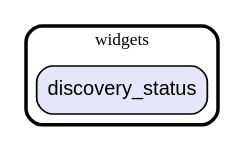
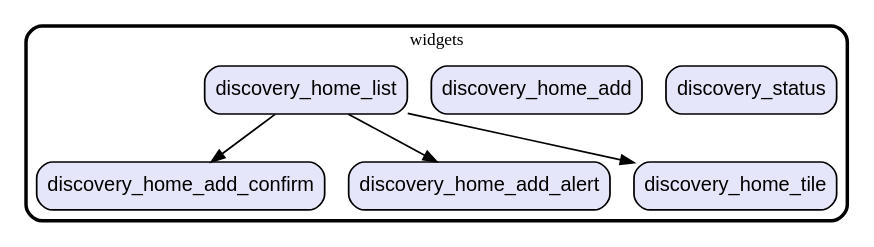
The diagram in graph/lib/ui/fragments/discovery/widgets.dot (gev/reacthome-mobile), drawn with Graphviz before and after one commit. The commit also changed 222 other files, not shown here.

```diff
--- a/graph/lib/ui/fragments/discovery/widgets.dot
+++ b/graph/lib/ui/fragments/discovery/widgets.dot
@@ -1,10 +1,23 @@
 digraph "" {
   graph [style=rounded fontname="Arial Black" fontsize=13 penwidth=2.6];
   node [shape=rect style="filled,rounded" fontname=Arial fontsize=15 fillcolor=Lavender penwidth=1.3];
   edge [penwidth=1.3];
+  "/discovery_home_add_confirm.dart" [label="discovery_home_add_confirm"];
   "/discovery_status.dart" [label="discovery_status"];
+  "/discovery_home_add_alert.dart" [label="discovery_home_add_alert"];
+  "/discovery_home_add.dart" [label="discovery_home_add"];
+  "/discovery_home_tile.dart" [label="discovery_home_tile"];
+  "/discovery_home_list.dart" [label="discovery_home_list"];
   subgraph "cluster~" {
     label="widgets";
+    "/discovery_home_add_confirm.dart";
     "/discovery_status.dart";
+    "/discovery_home_add_alert.dart";
+    "/discovery_home_add.dart";
+    "/discovery_home_tile.dart";
+    "/discovery_home_list.dart";
   }
+  "/discovery_home_list.dart" -> "/discovery_home_add_alert.dart";
+  "/discovery_home_list.dart" -> "/discovery_home_add_confirm.dart";
+  "/discovery_home_list.dart" -> "/discovery_home_tile.dart";
 }
```
